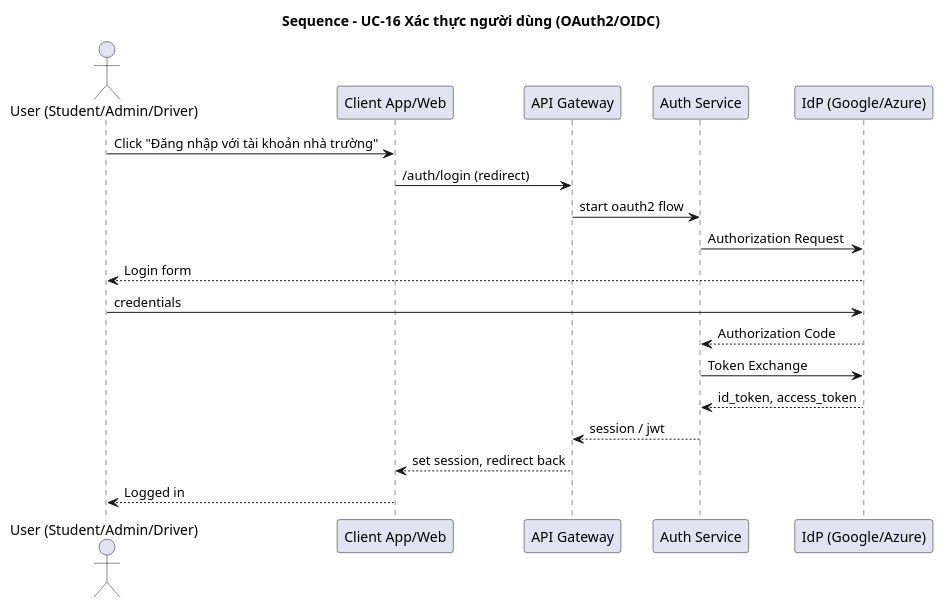
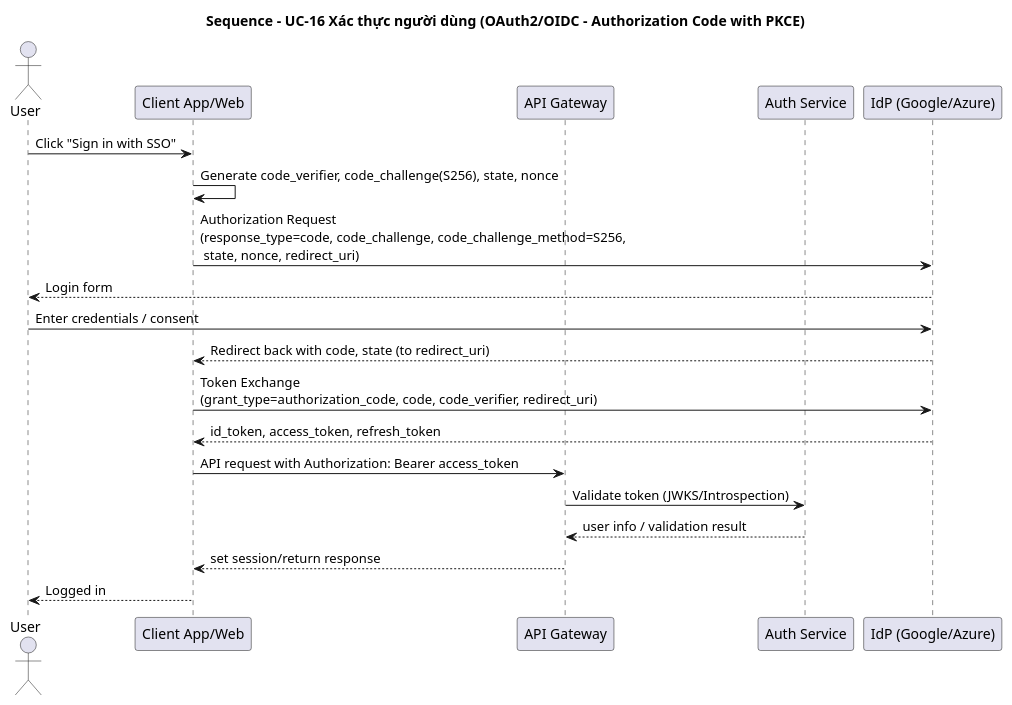
One commit to phuongbv00/hust-bus-stop changed the diagram in docs/uml/sequence/sequence_uc16_authentication.puml. Above: the diagram before and after it, drawn with PlantUML. The commit also changed 5 other files, not shown here.

Commit message:
docs: update diagrams

```diff
--- a/docs/uml/sequence/sequence_uc16_authentication.puml
+++ b/docs/uml/sequence/sequence_uc16_authentication.puml
@@ -1,21 +1,22 @@
 @startuml
-title Sequence - UC-16 Xác thực người dùng (OAuth2/OIDC)
-actor "User (Student/Admin/Driver)" as User
+title Sequence - UC-16 Xác thực người dùng (OAuth2/OIDC - Authorization Code with PKCE)
+actor "User" as User
 participant "Client App/Web" as Client
 participant "API Gateway" as API
 participant "Auth Service" as Auth
 participant "IdP (Google/Azure)" as IdP
 
-User -> Client : Click "Đăng nhập với tài khoản nhà trường"
-Client -> API : /auth/login (redirect)
-API -> Auth : start oauth2 flow
-Auth -> IdP : Authorization Request
+User -> Client : Click "Sign in with SSO"
+Client -> Client : Generate code_verifier, code_challenge(S256), state, nonce
+Client -> IdP : Authorization Request\n(response_type=code, code_challenge, code_challenge_method=S256,\n state, nonce, redirect_uri)
 IdP --> User : Login form
-User -> IdP : credentials
-IdP --> Auth : Authorization Code
-Auth -> IdP : Token Exchange
-IdP --> Auth : id_token, access_token
-Auth --> API : session / jwt
-API --> Client : set session, redirect back
+User -> IdP : Enter credentials / consent
+IdP --> Client : Redirect back with code, state (to redirect_uri)
+Client -> IdP : Token Exchange\n(grant_type=authorization_code, code, code_verifier, redirect_uri)
+IdP --> Client : id_token, access_token, refresh_token
+Client -> API : API request with Authorization: Bearer access_token
+API -> Auth : Validate token (JWKS/Introspection)
+Auth --> API : user info / validation result
+API --> Client : set session/return response
 Client --> User : Logged in
 @enduml
```
